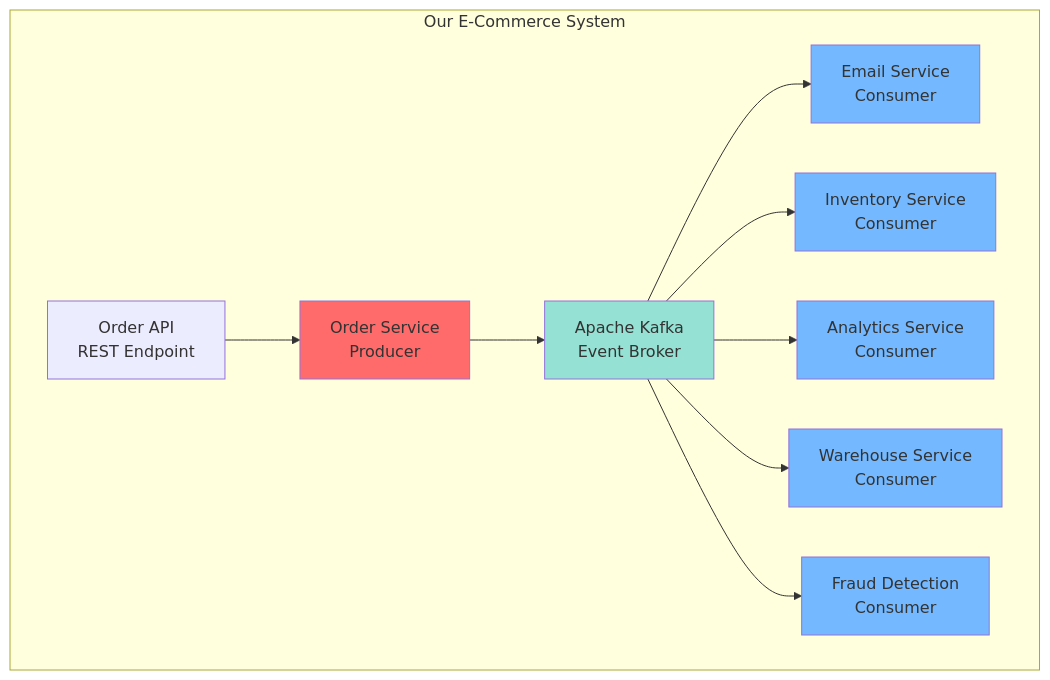
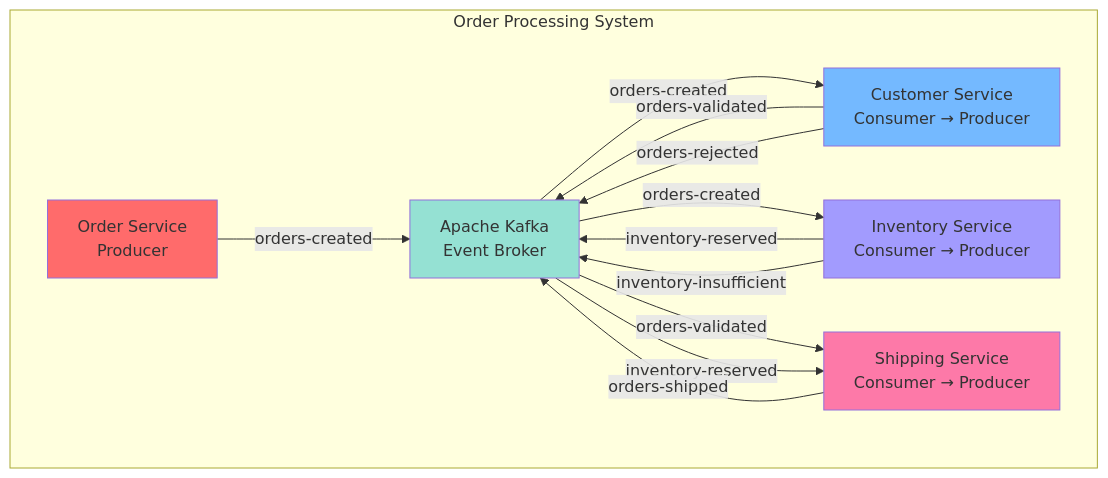
Before and after one commit to tomakazoo/ai-family-blog: the first of 11 diagrams in src/content/posts/part-04-hands-on-kafka.md, drawn with Mermaid. The commit also changed other lines of this file, not shown here.

First line of the commit message:
Enhance Kafka blog post with detailed e-commerce order processing system

````diff
--- a/src/content/posts/part-04-hands-on-kafka.md
+++ b/src/content/posts/part-04-hands-on-kafka.md
@@ -17,31 +26,32 @@
 ```mermaid
 graph TB
-    subgraph "Our E-Commerce System"
-        API[Order API<br/>REST Endpoint]
+    subgraph "Order Processing System"
         OS[Order Service<br/>Producer]
         
         K[Apache Kafka<br/>Event Broker]
         
-        ES[Email Service<br/>Consumer]
-        IS[Inventory Service<br/>Consumer]
-        AS[Analytics Service<br/>Consumer]
-        WS[Warehouse Service<br/>Consumer]
-        FS[Fraud Detection<br/>Consumer]
+        CS[Customer Service<br/>Consumer → Producer]
+        IS[Inventory Service<br/>Consumer → Producer]
+        SS[Shipping Service<br/>Consumer → Producer]
         
-        API --> OS
-        OS --> K
-        K --> ES
-        K --> IS
-        K --> AS
-        K --> WS
-        K --> FS
+        OS -->|orders-created| K
+        K -->|orders-created| CS
+        K -->|orders-created| IS
+        
+        CS -->|orders-validated| K
+        CS -->|orders-rejected| K
+        
+        IS -->|inventory-reserved| K
+        IS -->|inventory-insufficient| K
+        
+        K -->|orders-validated| SS
+        K -->|inventory-reserved| SS
+        SS -->|orders-shipped| K
     end
     
     style K fill:#95e1d3
     style OS fill:#ff6b6b
-    style ES fill:#74b9ff
-    style IS fill:#74b9ff
-    style AS fill:#74b9ff
-    style WS fill:#74b9ff
-    style FS fill:#74b9ff
+    style CS fill:#74b9ff
+    style IS fill:#a29bfe
+    style SS fill:#fd79a8
 ```
````
